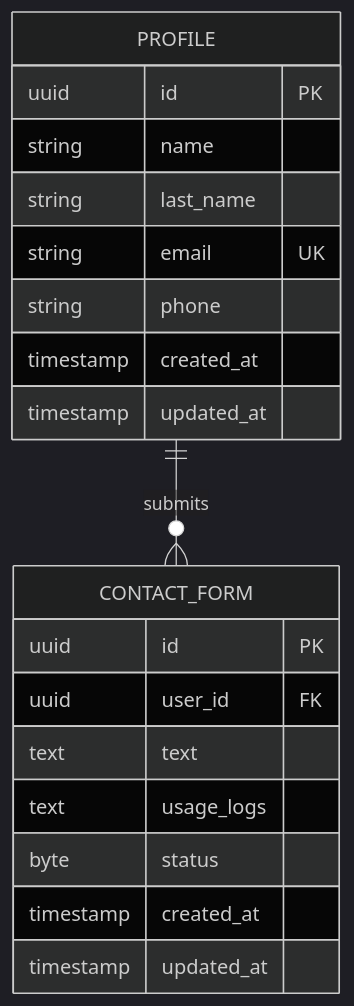
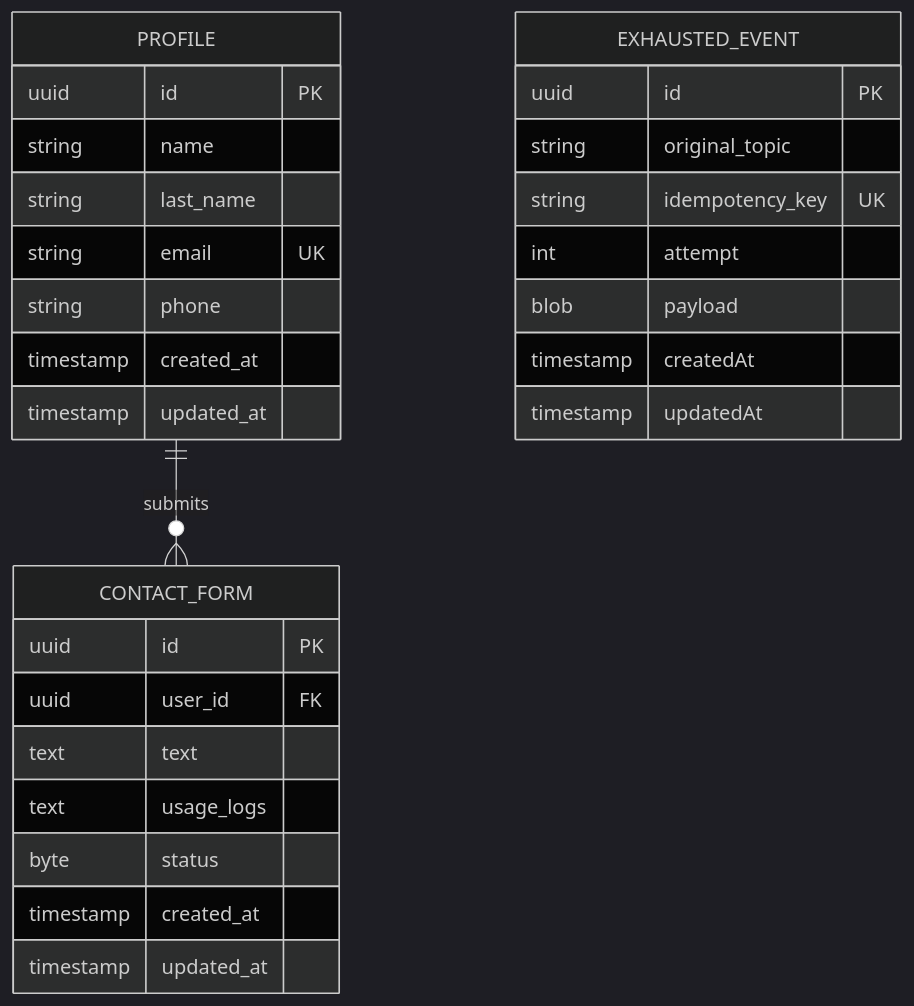
Before and after one commit to an22/bookk.me-backend: the diagram in docs/database/user.md, drawn with Mermaid (dark theme). The commit also changed other lines of this file and 45 other files, not shown here.

````diff
--- a/docs/database/user.md
+++ b/docs/database/user.md
@@ -7,24 +7,34 @@
 ```mermaid
 erDiagram
     PROFILE ||--o{ CONTACT_FORM : "submits"
 
     PROFILE {
         uuid id PK
         string name
         string last_name
         string email UK
         string phone
         timestamp created_at
         timestamp updated_at
     }
 
     CONTACT_FORM {
         uuid id PK
         uuid user_id FK
         text text
         text usage_logs
         byte status
         timestamp created_at
         timestamp updated_at
     }
+
+    EXHAUSTED_EVENT {
+        uuid id PK
+        string original_topic
+        string idempotency_key UK
+        int attempt
+        blob payload
+        timestamp createdAt
+        timestamp updatedAt
+    }
 ```
````
